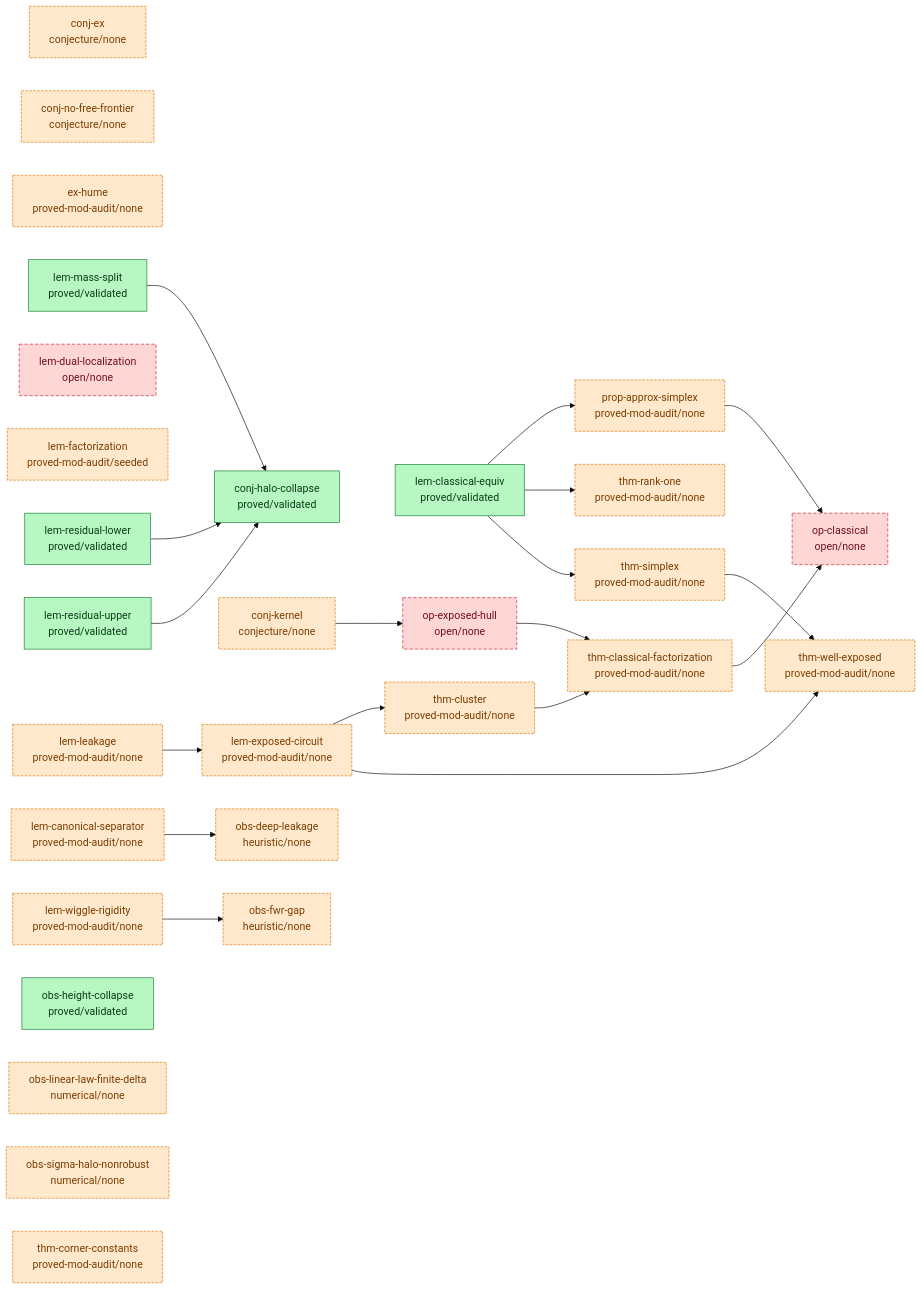
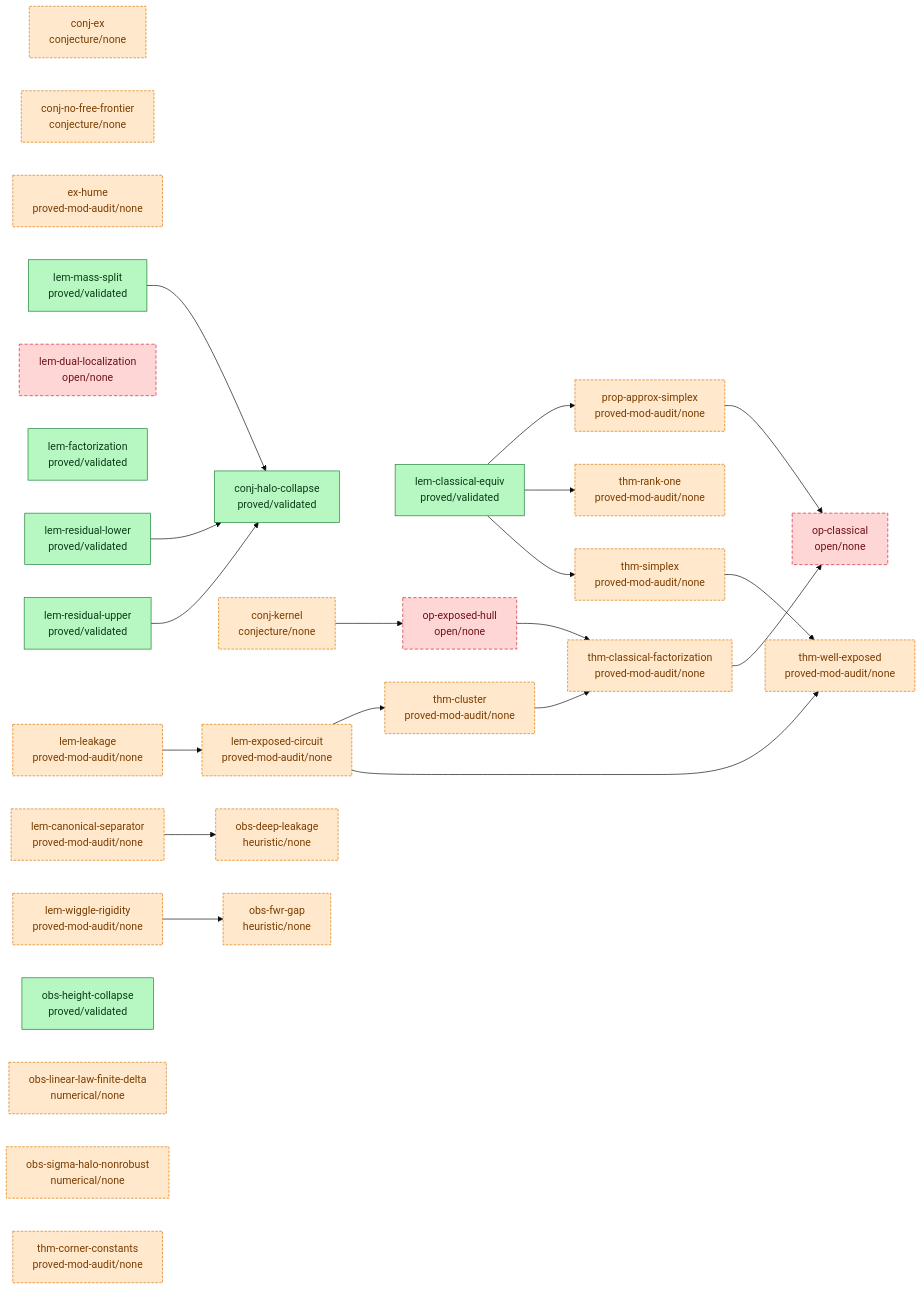
Before and after one commit to tobiasosborne/almost-idempotent-stochastic-maps: the diagram in argument/DAG.md, drawn with Mermaid (base theme). The commit also changed 66 other files, not shown here.

````diff
--- a/argument/DAG.md
+++ b/argument/DAG.md
@@ -6,59 +6,59 @@
 ```mermaid
 graph LR
   classDef validated fill:#b7f7c2,stroke:#1a7f37,color:#0b3d18;
   classDef proved fill:#cfe3ff,stroke:#0969da,color:#0a3069;
   classDef seeded fill:#fff3c4,stroke:#bf8700,color:#5a4500;
   classDef stated fill:#eaecef,stroke:#8b949e,color:#24292f;
   classDef cited fill:#e7d6ff,stroke:#8250df,color:#3b1a73;
   classDef nonrigorous fill:#ffe8cc,stroke:#d97706,color:#7a3d00,stroke-dasharray:4 2;
   classDef open fill:#ffd6d6,stroke:#cf222e,color:#6e1119,stroke-dasharray:5 3;
   conj-ex["conj-ex<br/>conjecture/none"]
   conj-halo-collapse["conj-halo-collapse<br/>proved/validated"]
   conj-kernel["conj-kernel<br/>conjecture/none"]
   conj-no-free-frontier["conj-no-free-frontier<br/>conjecture/none"]
   ex-hume["ex-hume<br/>proved-mod-audit/none"]
   lem-canonical-separator["lem-canonical-separator<br/>proved-mod-audit/none"]
   lem-classical-equiv["lem-classical-equiv<br/>proved/validated"]
   lem-dual-localization["lem-dual-localization<br/>open/none"]
   lem-exposed-circuit["lem-exposed-circuit<br/>proved-mod-audit/none"]
-  lem-factorization["lem-factorization<br/>proved-mod-audit/seeded"]
+  lem-factorization["lem-factorization<br/>proved/validated"]
   lem-leakage["lem-leakage<br/>proved-mod-audit/none"]
   lem-mass-split["lem-mass-split<br/>proved/validated"]
   lem-residual-lower["lem-residual-lower<br/>proved/validated"]
   lem-residual-upper["lem-residual-upper<br/>proved/validated"]
   lem-wiggle-rigidity["lem-wiggle-rigidity<br/>proved-mod-audit/none"]
   obs-deep-leakage["obs-deep-leakage<br/>heuristic/none"]
   obs-fwr-gap["obs-fwr-gap<br/>heuristic/none"]
   obs-height-collapse["obs-height-collapse<br/>proved/validated"]
   obs-linear-law-finite-delta["obs-linear-law-finite-delta<br/>numerical/none"]
   obs-sigma-halo-nonrobust["obs-sigma-halo-nonrobust<br/>numerical/none"]
   op-classical["op-classical<br/>open/none"]
   op-exposed-hull["op-exposed-hull<br/>open/none"]
   prop-approx-simplex["prop-approx-simplex<br/>proved-mod-audit/none"]
   thm-classical-factorization["thm-classical-factorization<br/>proved-mod-audit/none"]
   thm-cluster["thm-cluster<br/>proved-mod-audit/none"]
   thm-corner-constants["thm-corner-constants<br/>proved-mod-audit/none"]
   thm-rank-one["thm-rank-one<br/>proved-mod-audit/none"]
   thm-simplex["thm-simplex<br/>proved-mod-audit/none"]
   thm-well-exposed["thm-well-exposed<br/>proved-mod-audit/none"]
   conj-kernel --> op-exposed-hull
   lem-canonical-separator --> obs-deep-leakage
   lem-classical-equiv --> prop-approx-simplex
   lem-classical-equiv --> thm-rank-one
   lem-classical-equiv --> thm-simplex
   lem-exposed-circuit --> thm-cluster
   lem-exposed-circuit --> thm-well-exposed
   lem-leakage --> lem-exposed-circuit
   lem-mass-split --> conj-halo-collapse
   lem-residual-lower --> conj-halo-collapse
   lem-residual-upper --> conj-halo-collapse
   lem-wiggle-rigidity --> obs-fwr-gap
   op-exposed-hull --> thm-classical-factorization
   prop-approx-simplex --> op-classical
   thm-classical-factorization --> op-classical
   thm-cluster --> thm-classical-factorization
   thm-simplex --> thm-well-exposed
-  class conj-halo-collapse,lem-classical-equiv,lem-mass-split,lem-residual-lower,lem-residual-upper,obs-height-collapse validated;
-  class conj-ex,conj-kernel,conj-no-free-frontier,ex-hume,lem-canonical-separator,lem-exposed-circuit,lem-factorization,lem-leakage,lem-wiggle-rigidity,obs-deep-leakage,obs-fwr-gap,obs-linear-law-finite-delta,obs-sigma-halo-nonrobust,prop-approx-simplex,thm-classical-factorization,thm-cluster,thm-corner-constants,thm-rank-one,thm-simplex,thm-well-exposed nonrigorous;
+  class conj-halo-collapse,lem-classical-equiv,lem-factorization,lem-mass-split,lem-residual-lower,lem-residual-upper,obs-height-collapse validated;
+  class conj-ex,conj-kernel,conj-no-free-frontier,ex-hume,lem-canonical-separator,lem-exposed-circuit,lem-leakage,lem-wiggle-rigidity,obs-deep-leakage,obs-fwr-gap,obs-linear-law-finite-delta,obs-sigma-halo-nonrobust,prop-approx-simplex,thm-classical-factorization,thm-cluster,thm-corner-constants,thm-rank-one,thm-simplex,thm-well-exposed nonrigorous;
   class lem-dual-localization,op-classical,op-exposed-hull open;
 ```
````
